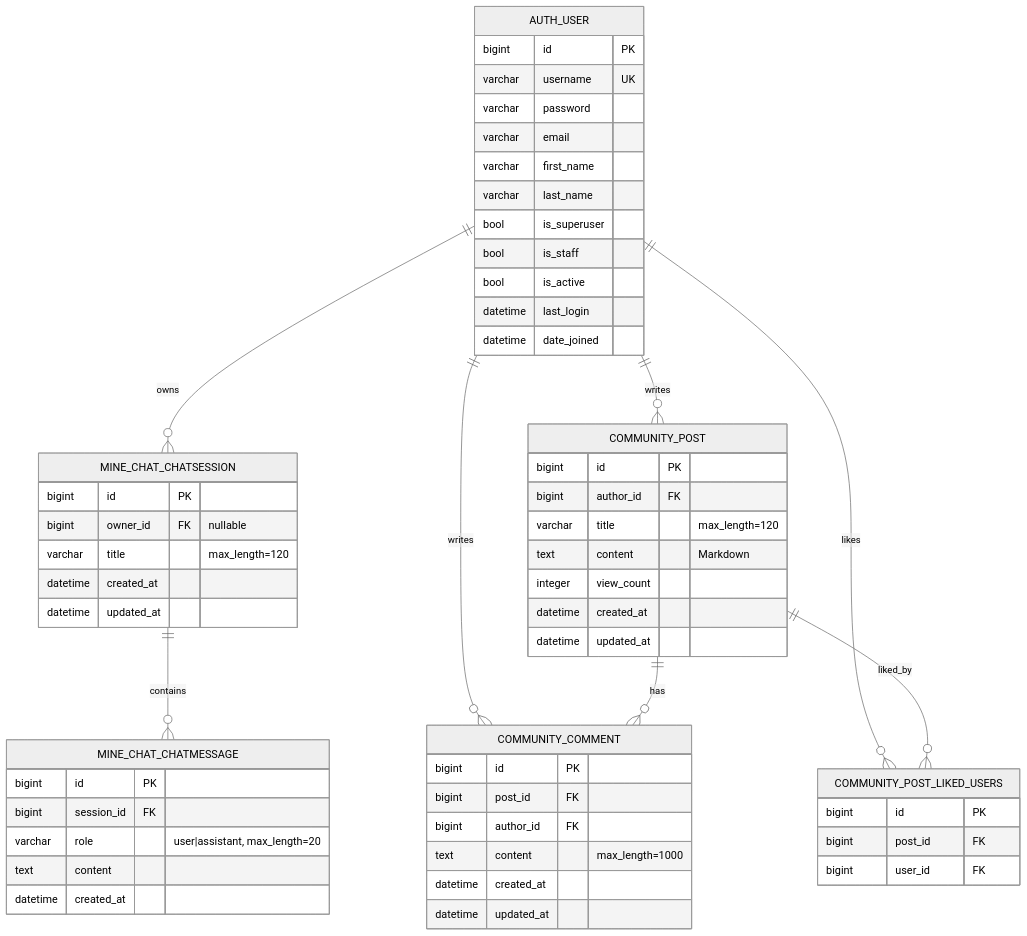
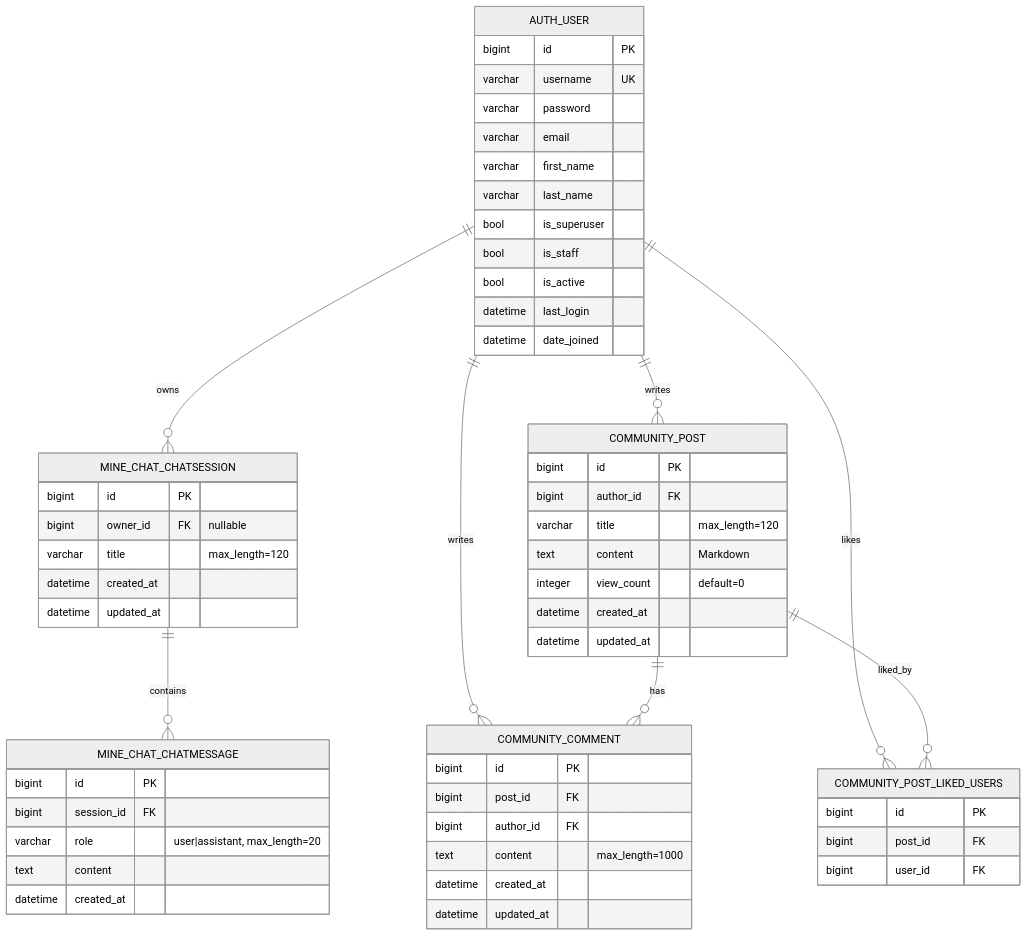
Before and after one commit to doyeon789/mine-tuning-web: the diagram in docs/ERD.md, drawn with Mermaid (neutral theme). The commit also changed other lines of this file, not shown here.

Commit message:
chore: ERD 수정

````diff
--- a/docs/ERD.md
+++ b/docs/ERD.md
@@ -10,67 +14,67 @@
-~~~mermaid
+```mermaid
 erDiagram
     AUTH_USER ||--o{ MINE_CHAT_CHATSESSION : owns
     MINE_CHAT_CHATSESSION ||--o{ MINE_CHAT_CHATMESSAGE : contains
 
     AUTH_USER ||--o{ COMMUNITY_POST : writes
     AUTH_USER ||--o{ COMMUNITY_COMMENT : writes
     COMMUNITY_POST ||--o{ COMMUNITY_COMMENT : has
 
     AUTH_USER ||--o{ COMMUNITY_POST_LIKED_USERS : likes
     COMMUNITY_POST ||--o{ COMMUNITY_POST_LIKED_USERS : liked_by
 
     AUTH_USER {
         bigint id PK
         varchar username UK
         varchar password
         varchar email
         varchar first_name
         varchar last_name
         bool is_superuser
         bool is_staff
         bool is_active
         datetime last_login
         datetime date_joined
     }
 
     MINE_CHAT_CHATSESSION {
         bigint id PK
         bigint owner_id FK "nullable"
         varchar title "max_length=120"
         datetime created_at
         datetime updated_at
     }
 
     MINE_CHAT_CHATMESSAGE {
         bigint id PK
         bigint session_id FK
         varchar role "user|assistant, max_length=20"
         text content
         datetime created_at
     }
 
     COMMUNITY_POST {
         bigint id PK
         bigint author_id FK
         varchar title "max_length=120"
         text content "Markdown"
-        integer view_count
+        integer view_count "default=0"
         datetime created_at
         datetime updated_at
     }
 
     COMMUNITY_COMMENT {
         bigint id PK
         bigint post_id FK
         bigint author_id FK
         text content "max_length=1000"
         datetime created_at
         datetime updated_at
     }
 
     COMMUNITY_POST_LIKED_USERS {
         bigint id PK
         bigint post_id FK
         bigint user_id FK
     }
-~~~
+```
````
